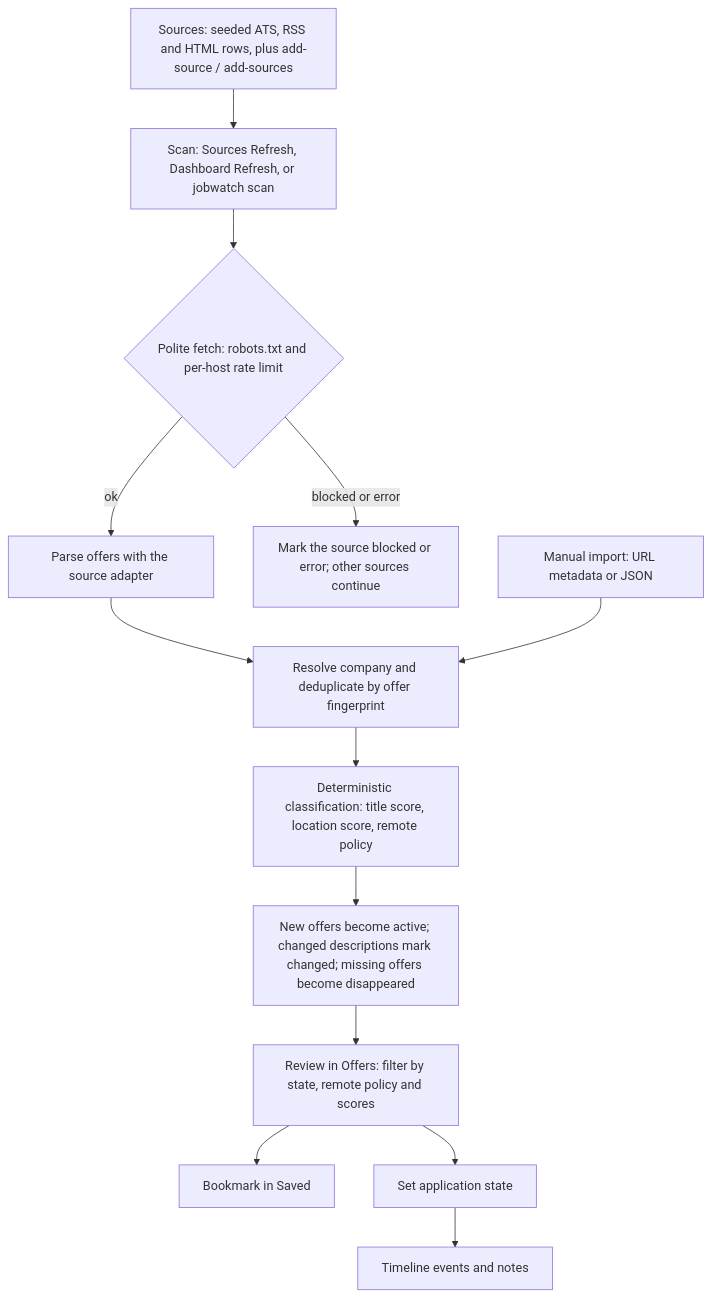
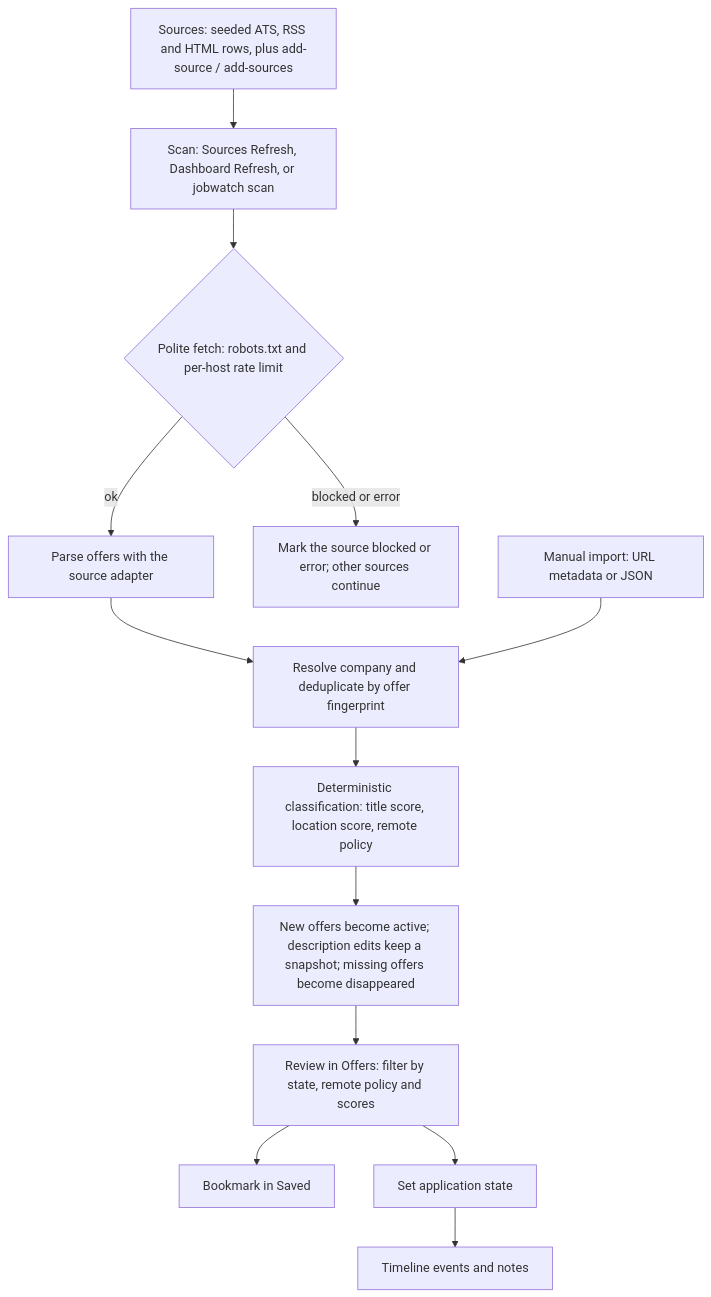
One commit to stepbeta/jobwatch changed the diagram in README.md. Above: the diagram before and after it, drawn with Mermaid. The commit also changed other lines of this file and 18 other files, not shown here.

First line of the commit message:
Add company identity schema and provenance uniqueness

````diff
--- a/README.md
+++ b/README.md
@@ -95,15 +95,15 @@
 ```mermaid
 flowchart TD
     A["Sources: seeded ATS, RSS and HTML rows, plus add-source / add-sources"] --> B["Scan: Sources Refresh, Dashboard Refresh, or jobwatch scan"]
     B --> C{"Polite fetch: robots.txt and per-host rate limit"}
     C -->|ok| D["Parse offers with the source adapter"]
     C -->|blocked or error| S["Mark the source blocked or error; other sources continue"]
     D --> E["Resolve company and deduplicate by offer fingerprint"]
     E --> F["Deterministic classification: title score, location score, remote policy"]
-    F --> G["New offers become active; changed descriptions mark changed; missing offers become disappeared"]
+    F --> G["New offers become active; description edits keep a snapshot; missing offers become disappeared"]
     G --> H["Review in Offers: filter by state, remote policy and scores"]
     H --> I["Bookmark in Saved"]
     H --> J["Set application state"]
     J --> K["Timeline events and notes"]
     M["Manual import: URL metadata or JSON"] --> E
 ```
````
